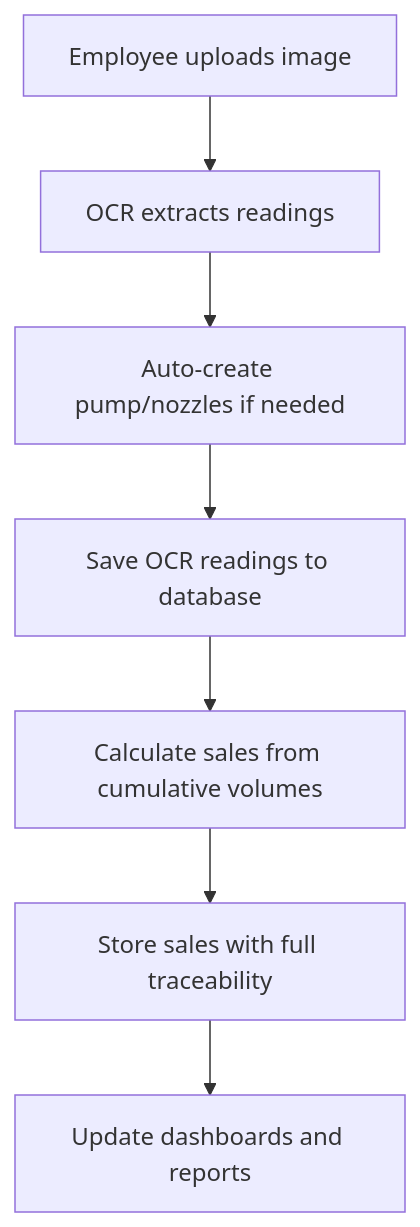
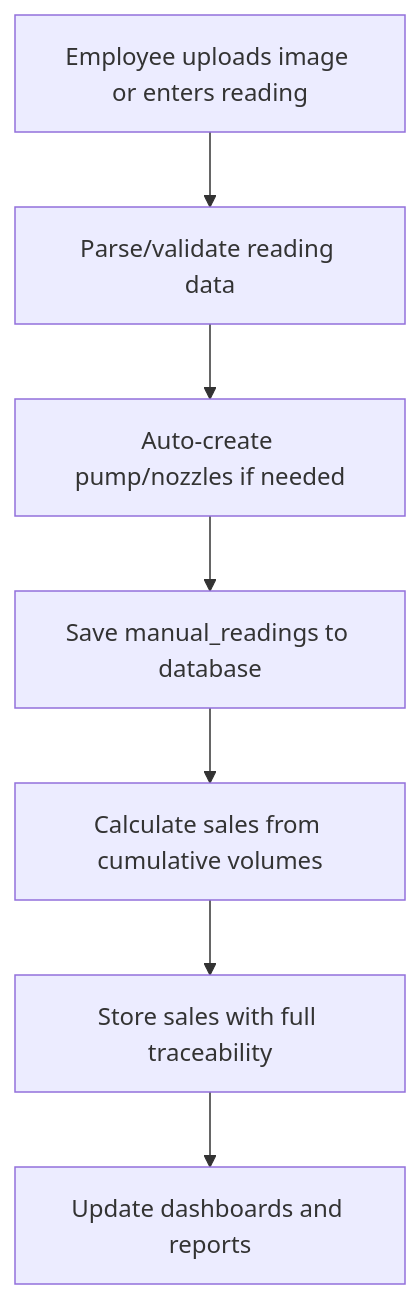
One commit to iamramakanthreddyk/fuelsync-new changed the diagram in docs/multi-tenant-architecture.md. Above: the diagram before and after it, drawn with Mermaid. The commit also changed other lines of this file and 20 other files, not shown here.

Commit message:
feat: transition from OCR processing to manual/parsed reading uploads and update related documentation

````diff
--- a/docs/multi-tenant-architecture.md
+++ b/docs/multi-tenant-architecture.md
@@ -35,9 +35,9 @@
 ```mermaid
 graph TD
-    A[Employee uploads image] --> B[OCR extracts readings]
+    A[Employee uploads image or enters reading] --> B[Parse/validate reading data]
     B --> C[Auto-create pump/nozzles if needed]
-    C --> D[Save OCR readings to database]
+    C --> D[Save manual_readings to database]
     D --> E[Calculate sales from cumulative volumes]
     E --> F[Store sales with full traceability]
     F --> G[Update dashboards and reports]
 ```
````
